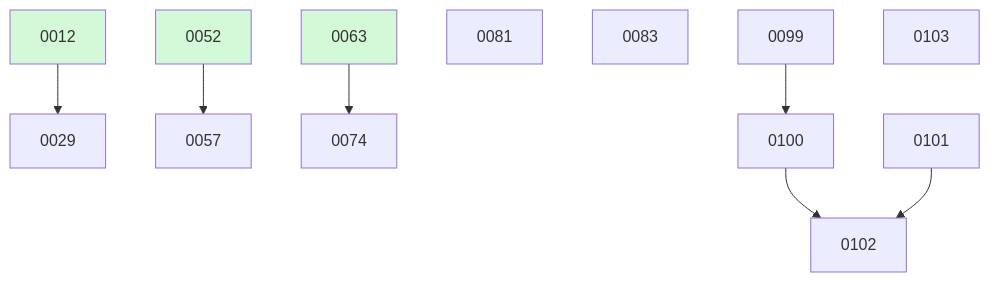
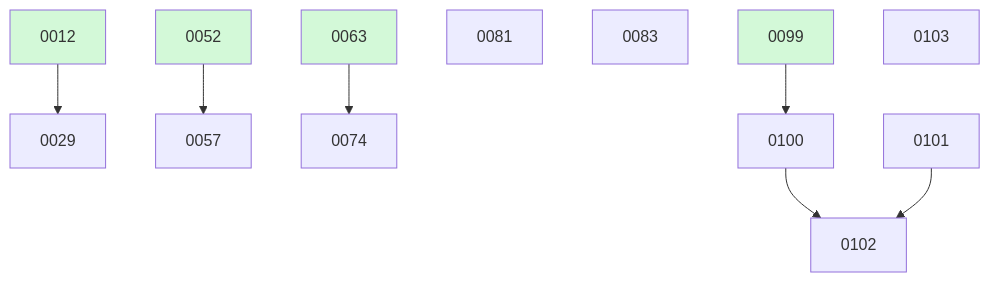
One commit to ethanhinson/fuse changed the diagram in docs/changes/BOARD.md. Above: the diagram before and after it, drawn with Mermaid. The commit also changed other lines of this file and 4 other files, not shown here.

````diff
--- a/docs/changes/BOARD.md
+++ b/docs/changes/BOARD.md
@@ -40,18 +34,18 @@
 ```mermaid
 graph TD
   0012 --> 0029
   0052 --> 0057
   0063 --> 0074
   0081
   0083
-  0099
   0099 --> 0100
   0101
   0100 --> 0102
   0101 --> 0102
   0103
   0012:::done
   0052:::done
   0063:::done
+  0099:::done
   classDef done fill:#d3f9d8;
 ```
````
